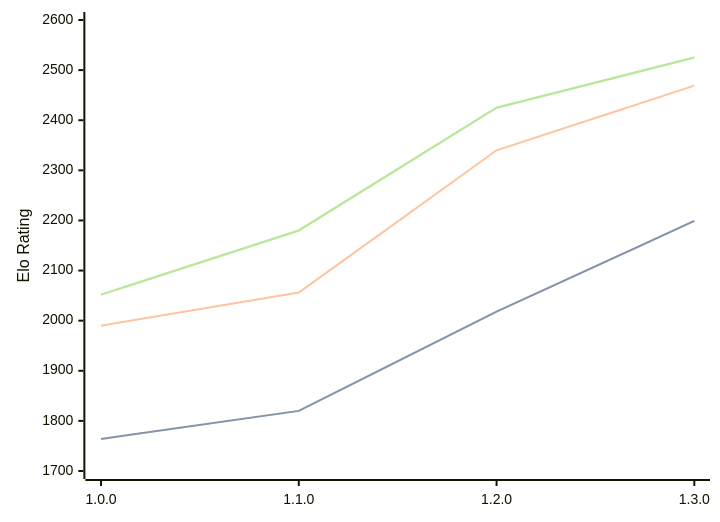
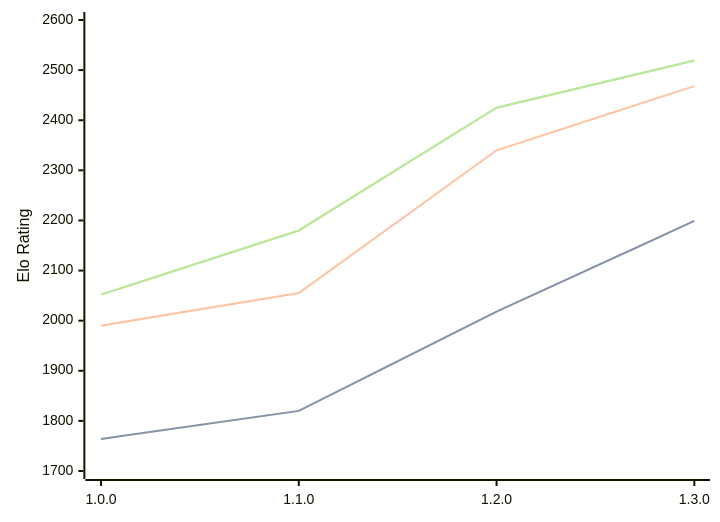
The diagram in engines/Anodos.md (computer-chess-index/cci), drawn with Mermaid before and after one commit. The commit also changed other lines of this file, not shown here.

Commit message:
Update CCI Ratings (ELO VLTC) - 2026-04-02

````diff
--- a/engines/Anodos.md
+++ b/engines/Anodos.md
@@ -45,11 +45,11 @@
 ```mermaid
 %%{init: {"theme":"base","themeVariables":{"seriesColors:['#a3a3a3','#222221','#faa371']}}}%%
 xychart-beta
   x-axis ["1.0.0", "1.1.0", "1.2.0", "1.3.0"]
   y-axis "Elo Rating" 1700 --> 2600
   line "STC (8.0+0.08s)" [1764, 1820, 2018, 2199]
   line "STC (8.0+0.08s)" [1764, 1820, 2018, 2199]
-  line "LTC (60.0+0.60s)" [1990, 2056, 2340, 2469]
-  line "VLTC (2m24s+1.12s)" [2052, 2180, 2425, 2525]
-  line "VLTC (2m24s+1.12s)" [2052, 2180, 2425, 2525]
+  line "LTC (60.0+0.60s)" [1990, 2055, 2340, 2468]
+  line "VLTC (2m24s+1.12s)" [2052, 2180, 2425, 2519]
+  line "VLTC (2m24s+1.12s)" [2052, 2180, 2425, 2519]
 ```
````
